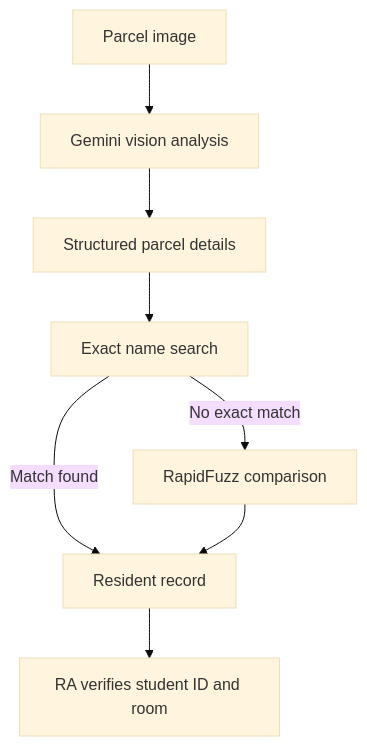
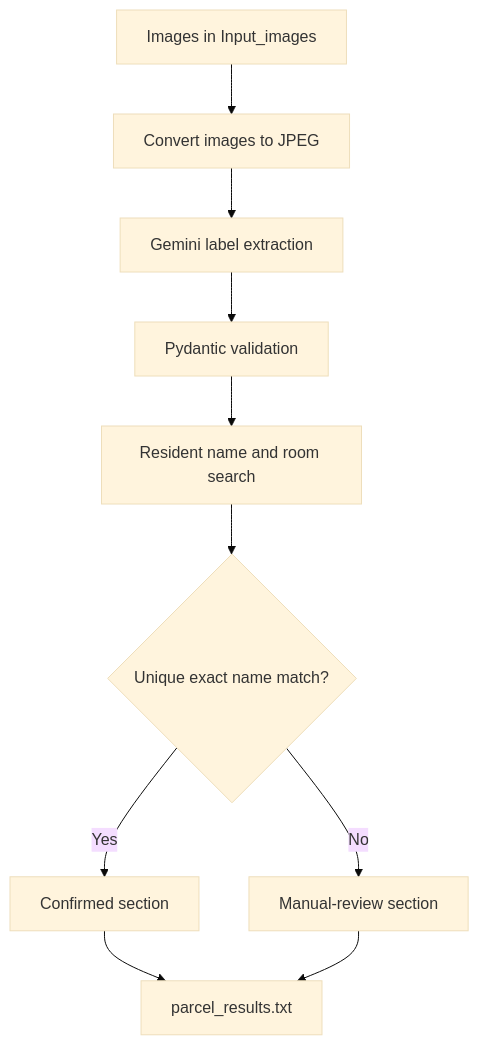
One commit to Zelandini/RA-parcel-scanner changed the diagram in README.md. Above: the diagram before and after it, drawn with Mermaid (base theme). The commit also changed other lines of this file, not shown here.

````diff
--- a/README.md
+++ b/README.md
@@ -11,10 +75,12 @@
 ```mermaid
 flowchart TD
-    A[Parcel image] --> B[Gemini vision analysis]
-    B --> C[Structured parcel details]
-    C --> D[Exact name search]
-    D -->|No exact match| E[RapidFuzz comparison]
-    D -->|Match found| F[Resident record]
-    E --> F
-    F --> G[RA verifies student ID and room]
+    A[Images in Input_images] --> B[Convert images to JPEG]
+    B --> C[Gemini label extraction]
+    C --> D[Pydantic validation]
+    D --> E[Resident name and room search]
+    E --> F{Unique exact name match?}
+    F -->|Yes| G[Confirmed section]
+    F -->|No| H[Manual-review section]
+    G --> I[parcel_results.txt]
+    H --> I
 ```
````
